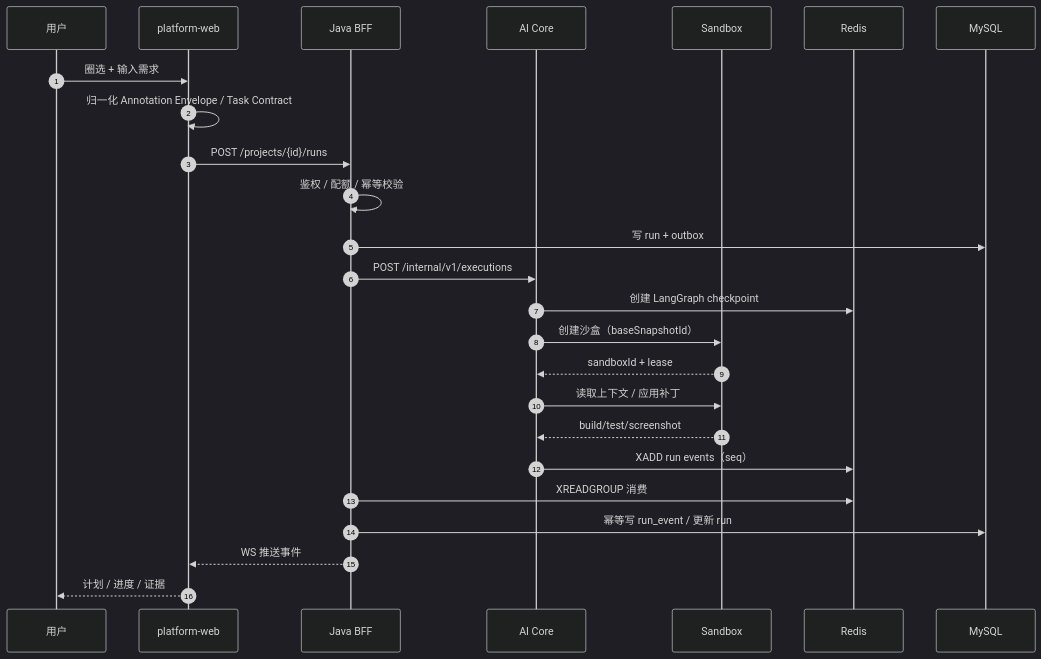
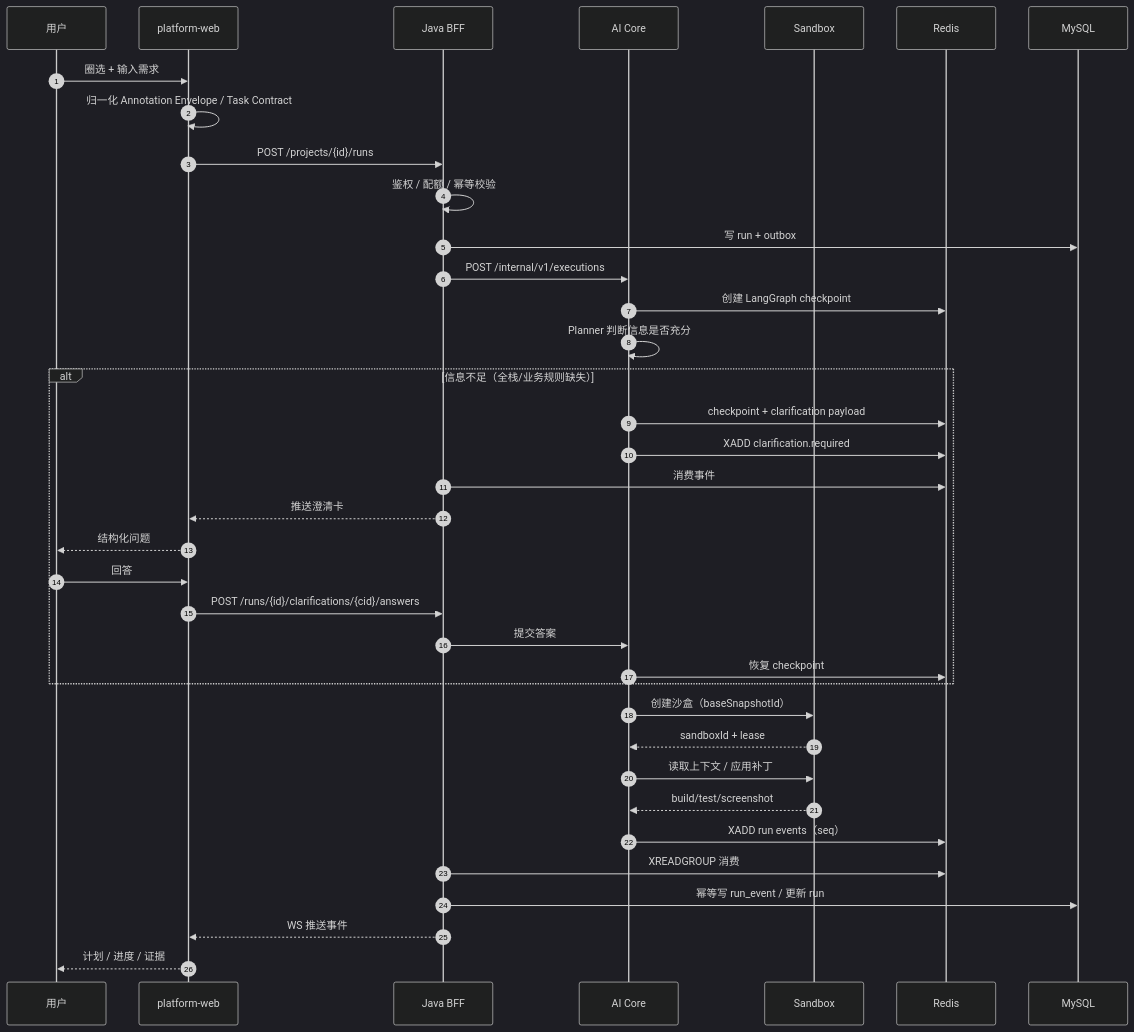
One commit to Cai199999/vibe-platform changed the sixth of 14 diagrams in docs/design/02.整体架构设计.md. Above: the diagram before and after it, drawn with Mermaid (dark theme). The commit also changed other lines of this file and 3 other files, not shown here.

````diff
--- a/docs/design/02.整体架构设计.md
+++ b/docs/design/02.整体架构设计.md
@@ -443,28 +671,40 @@
 ```mermaid
 sequenceDiagram
     autonumber
     participant U as 用户
     participant W as platform-web
     participant B as Java BFF
     participant AI as AI Core
     participant S as Sandbox
     participant R as Redis
     participant M as MySQL
 
     U->>W: 圈选 + 输入需求
     W->>W: 归一化 Annotation Envelope / Task Contract
     W->>B: POST /projects/{id}/runs
     B->>B: 鉴权 / 配额 / 幂等校验
     B->>M: 写 run + outbox
     B->>AI: POST /internal/v1/executions
     AI->>R: 创建 LangGraph checkpoint
+    AI->>AI: Planner 判断信息是否充分
+    alt 信息不足（全栈/业务规则缺失）
+        AI->>R: checkpoint + clarification payload
+        AI->>R: XADD clarification.required
+        B->>R: 消费事件
+        B-->>W: 推送澄清卡
+        W-->>U: 结构化问题
+        U->>W: 回答
+        W->>B: POST /runs/{id}/clarifications/{cid}/answers
+        B->>AI: 提交答案
+        AI->>R: 恢复 checkpoint
+    end
     AI->>S: 创建沙盒（baseSnapshotId）
     S-->>AI: sandboxId + lease
     AI->>S: 读取上下文 / 应用补丁
     S-->>AI: build/test/screenshot
     AI->>R: XADD run events（seq）
     B->>R: XREADGROUP 消费
     B->>M: 幂等写 run_event / 更新 run
     B-->>W: WS 推送事件
     W-->>U: 计划 / 进度 / 证据
 ```
````
